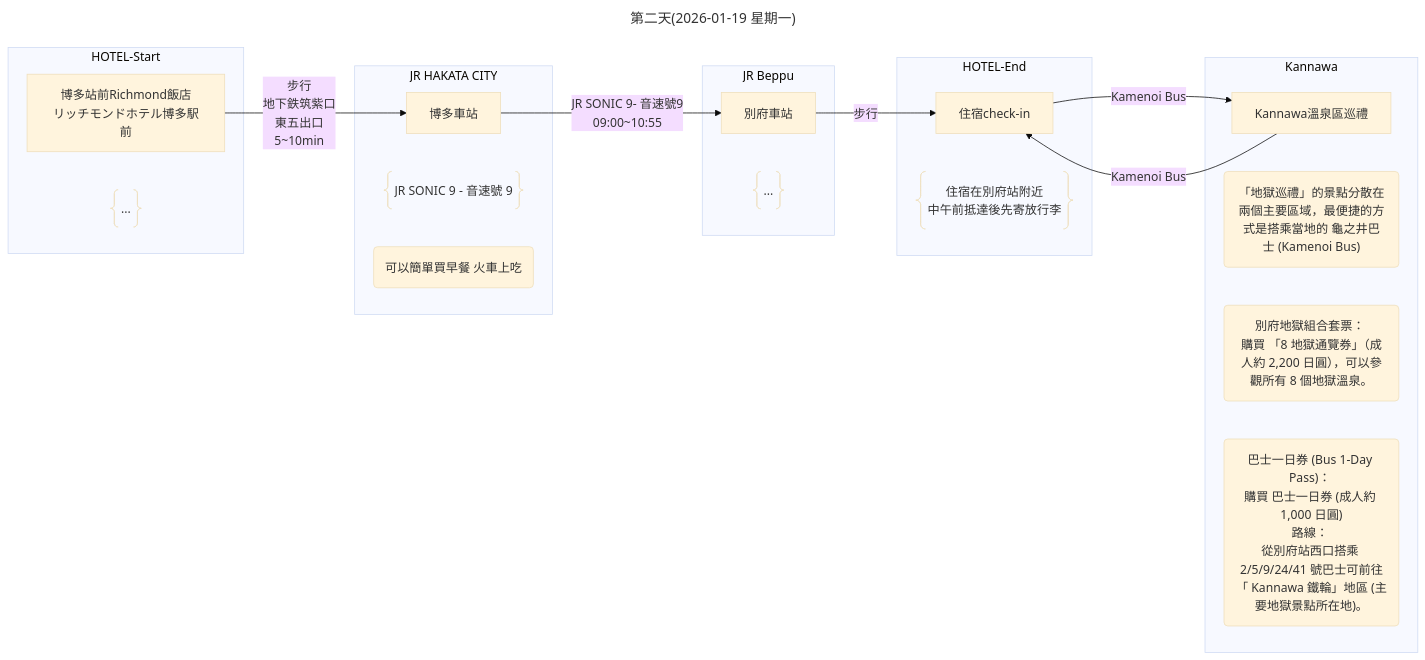
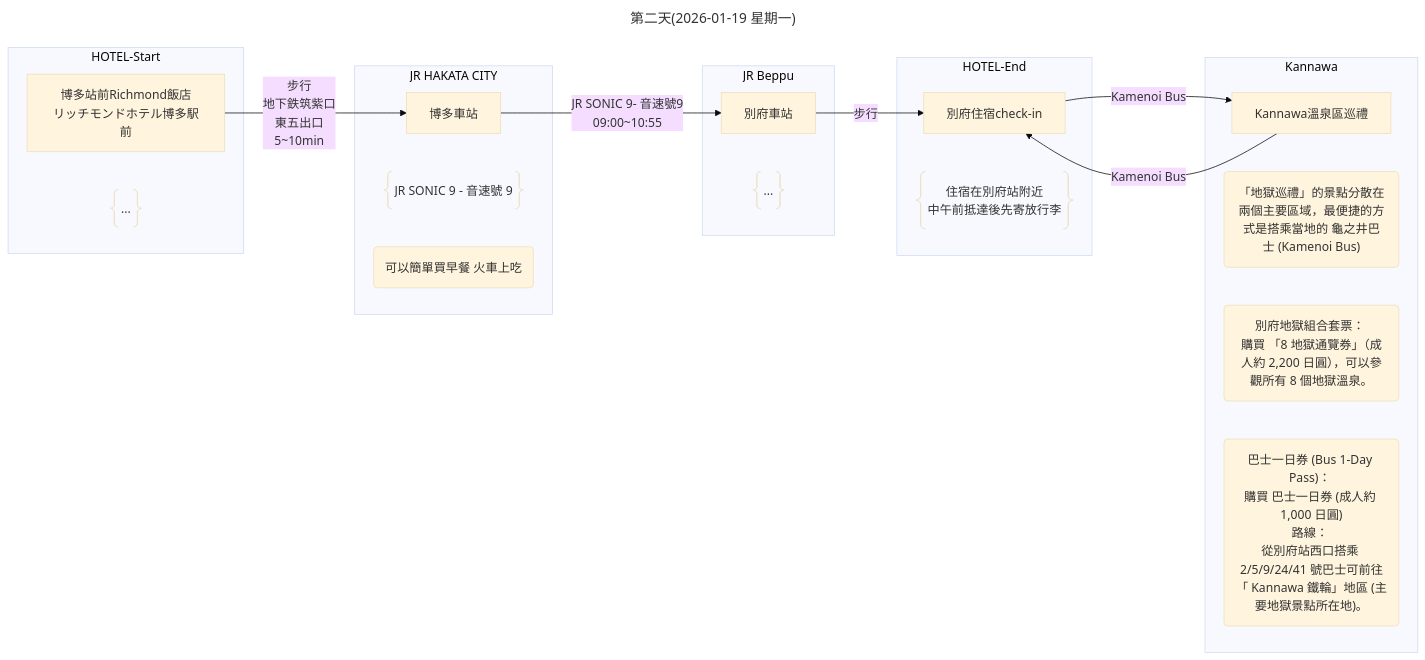
The second of 2 diagrams in 行程規劃.md (Shuming-Yang/2026-January-Trip), drawn with Mermaid (base theme) before and after one commit. The commit also changed other lines of this file, not shown here.

````diff
--- a/行程規劃.md
+++ b/行程規劃.md
@@ -74,34 +74,34 @@
 ```mermaid
 ---
 title: 第二天(2026-01-19 星期一)
 ---
 flowchart LR
     subgraph HOTEL-Start
         A[博多站前Richmond飯店<br>リッチモンドホテル博多駅前]
         A1@{ shape: braces, label: "..." }
     end
     subgraph JR HAKATA CITY
         B[博多車站]
         B1@{ shape: braces, label: "JR SONIC 9 - 音速號 9" }
         B2@{ shape: rounded, label: "可以簡單買早餐 火車上吃"}
     end
     subgraph JR Beppu
         C[別府車站]
         C1@{ shape: braces, label: "..." }
     end
     subgraph HOTEL-End
-        D[住宿check-in]
+        D[別府住宿check-in]
         D1@{ shape: braces, label: "住宿在別府站附近<br>中午前抵達後先寄放行李" }
     end
     subgraph Kannawa
         E[Kannawa溫泉區巡禮]
         E1@{ shape: rounded, label: "「地獄巡禮」的景點分散在兩個主要區域，最便捷的方式是搭乘當地的 龜之井巴士 (Kamenoi Bus)"}
         E2@{ shape: rounded, label: "別府地獄組合套票： <br>購買 「8 地獄通覽券」（成人約 2,200 日圓），可以參觀所有 8 個地獄溫泉。"}
         E3@{ shape: rounded, label: "巴士一日券 (Bus 1-Day Pass)： <br>購買 巴士一日券 (成人約 1,000 日圓)<br>路線： <br>從別府站西口搭乘 2/5/9/24/41 號巴士可前往「 Kannawa 鐵輪」地區 (主要地獄景點所在地)。"}
     end
     A --> |步行<br>地下鉄筑紫口<br>東五出口<br>5~10min| B
     B --> |JR SONIC 9- 音速號9<br>09:00~10:55| C
     C --> |步行| D
     D --> |Kamenoi Bus| E
     E --> |Kamenoi Bus| D
 ```
````
